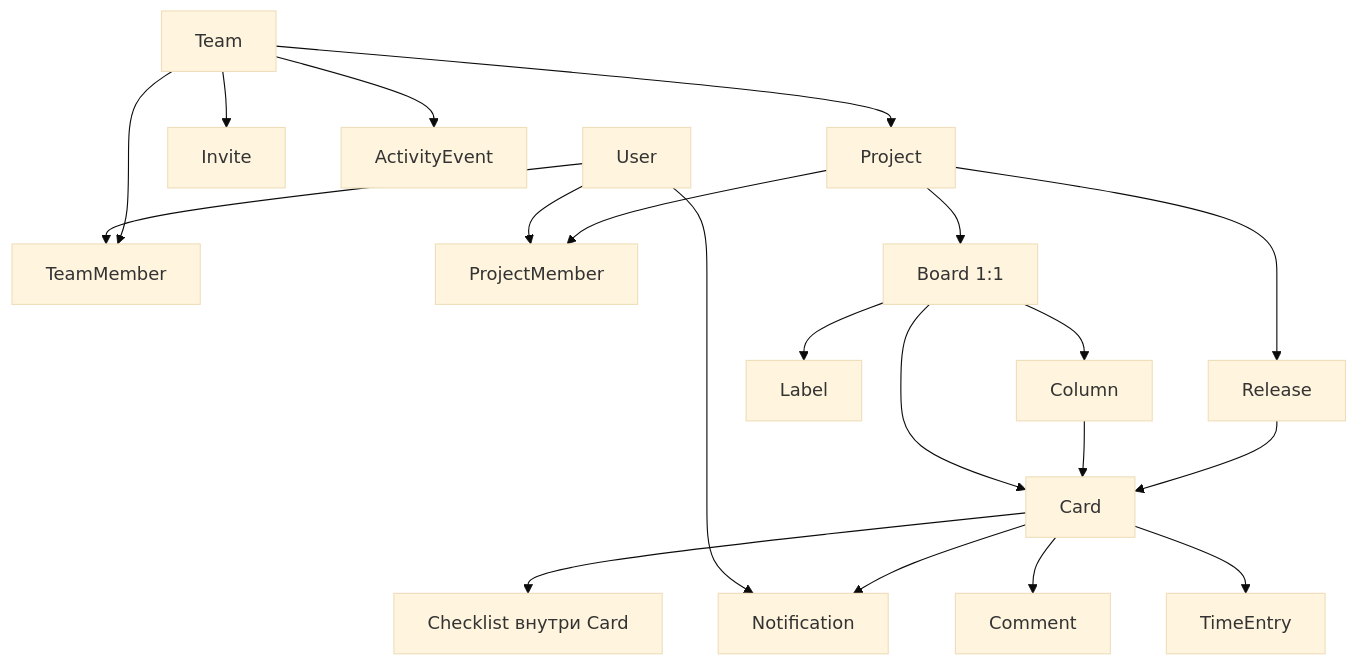
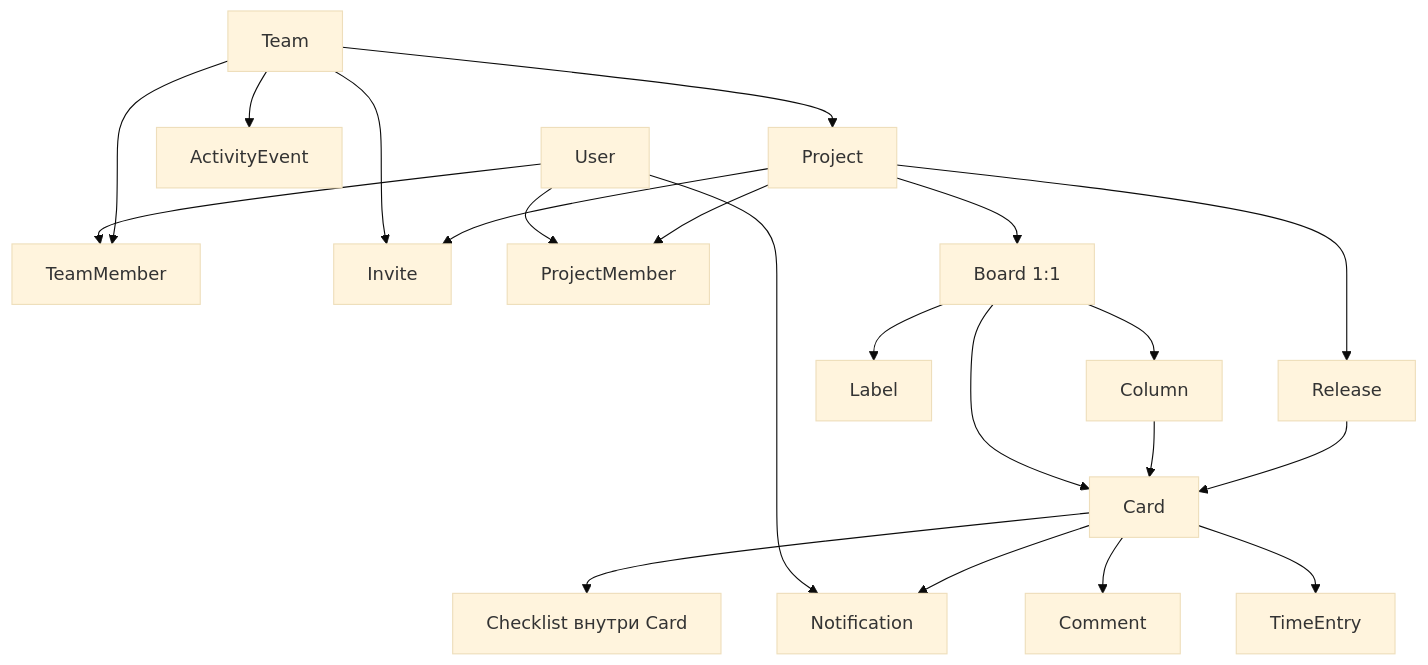
The third of 4 diagrams in docs/README.md (shamilfrontend/taskmaster), drawn with Mermaid (base theme) before and after one commit. The commit also changed 13 other files, not shown here.

````diff
--- a/docs/README.md
+++ b/docs/README.md
@@ -63,39 +63,40 @@
 ```mermaid
 flowchart TB
   User[User]
   Team[Team]
   TeamMember[TeamMember]
   Invite[Invite]
   Activity[ActivityEvent]
   Project[Project]
   ProjectMember[ProjectMember]
   Board[Board 1:1]
   Column[Column]
   Label[Label]
   Card[Card]
   Release[Release]
   TimeEntry[TimeEntry]
   Comment[Comment]
   Notification[Notification]
   Checklist[Checklist внутри Card]
 
   User --> TeamMember
   Team --> TeamMember
   Team --> Invite
   Team --> Activity
   Team --> Project
+  Project --> Invite
   User --> ProjectMember
   User --> Notification
   Project --> ProjectMember
   Project --> Board
   Project --> Release
   Board --> Column
   Board --> Label
   Board --> Card
   Column --> Card
   Release --> Card
   Card --> TimeEntry
   Card --> Comment
   Card --> Notification
   Card --> Checklist
 ```
````
